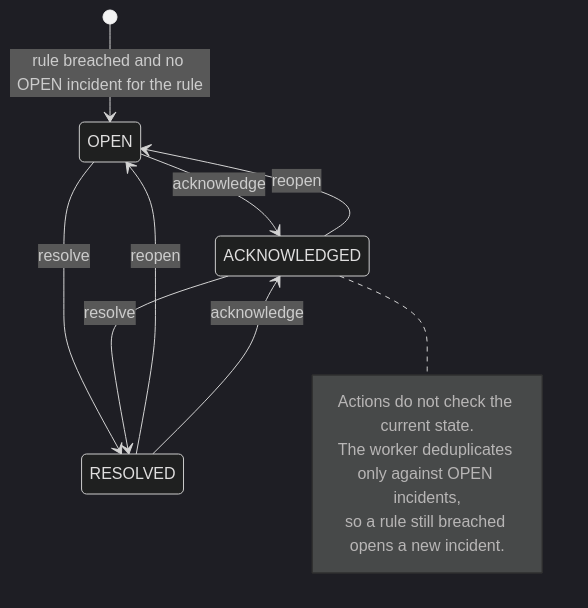
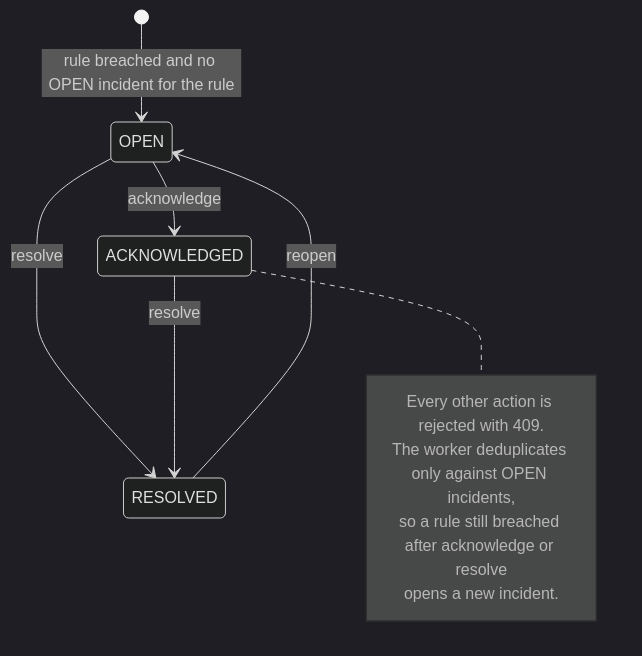
One commit to LanNguyenSi/telerithm changed the third of 3 diagrams in docs/architecture.md. Above: the diagram before and after it, drawn with Mermaid (dark theme). The commit also changed other lines of this file and 37 other files, not shown here.

````diff
--- a/docs/architecture.md
+++ b/docs/architecture.md
@@ -150,15 +150,14 @@
 ```mermaid
 stateDiagram-v2
   [*] --> OPEN: rule breached and no OPEN incident for the rule
   OPEN --> ACKNOWLEDGED: acknowledge
   OPEN --> RESOLVED: resolve
   ACKNOWLEDGED --> RESOLVED: resolve
-  ACKNOWLEDGED --> OPEN: reopen
   RESOLVED --> OPEN: reopen
-  RESOLVED --> ACKNOWLEDGED: acknowledge
   note right of ACKNOWLEDGED
-    Actions do not check the current state.
+    Every other action is rejected with 409.
     The worker deduplicates only against OPEN incidents,
-    so a rule still breached opens a new incident.
+    so a rule still breached after acknowledge or resolve
+    opens a new incident.
   end note
 ```
````
